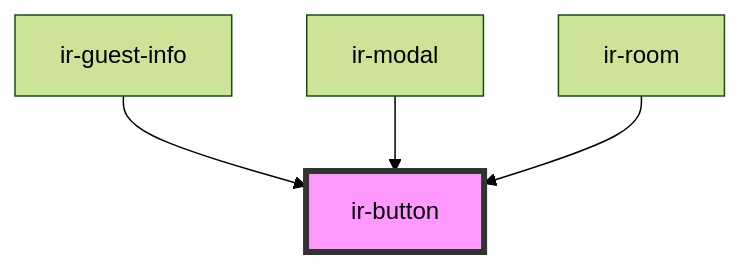
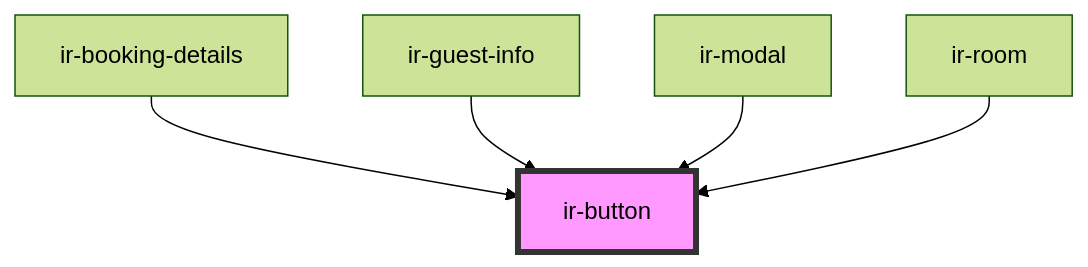
One commit to David1Chowaifaty/modified-ir-webcmp changed the diagram in src/components/ir-button/readme.md. Above: the diagram before and after it, drawn with Mermaid (forest theme). The commit also changed other lines of this file and 11 other files, not shown here.

````diff
--- a/src/components/ir-button/readme.md
+++ b/src/components/ir-button/readme.md
@@ -39,7 +41,8 @@
 ```mermaid
 graph TD;
+  ir-booking-details --> ir-button
   ir-guest-info --> ir-button
   ir-modal --> ir-button
   ir-room --> ir-button
   style ir-button fill:#f9f,stroke:#333,stroke-width:4px
 ```
````
